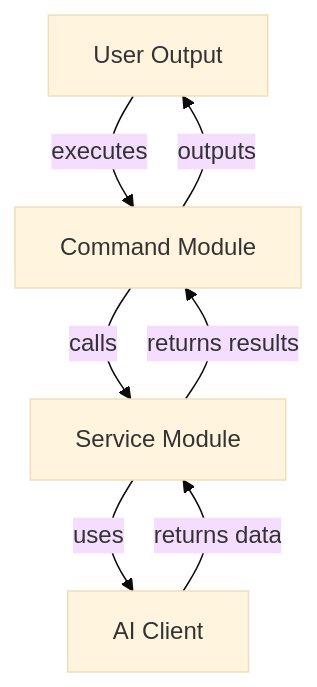
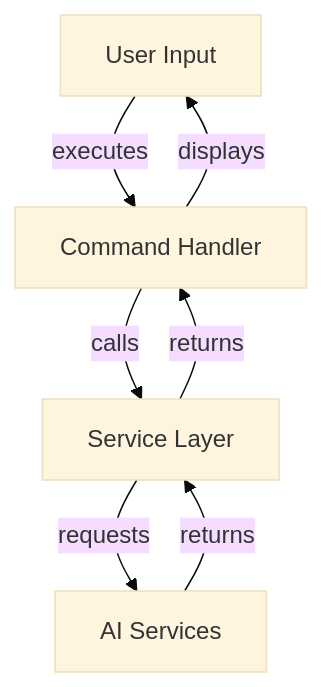
The second of 3 diagrams in docs/architecture.md (geogoesbeepboop/refiner), drawn with Mermaid (base theme) before and after one commit. The commit also changed other lines of this file and 6 other files, not shown here.

First line of the commit message:
refactor: extract OpenAI client logic into dedicated module

````diff
--- a/docs/architecture.md
+++ b/docs/architecture.md
@@ -130,9 +130,9 @@
 ```mermaid
 graph TD;
-    A[User Input] -->|executes| B[Command Module];
-    B -->|calls| C[Service Module];
-    C -->|uses| D[AI Client];
-    D -->|returns data| C;
-    C -->|returns results| B;
-    B -->|outputs| A[User Output];
+    A[User Input] -->|executes| B[Command Handler];
+    B -->|calls| C[Service Layer];
+    C -->|requests| D[AI Services];
+    D -->|returns| C;
+    C -->|returns| B;
+    B -->|displays| A;
 ```
````
